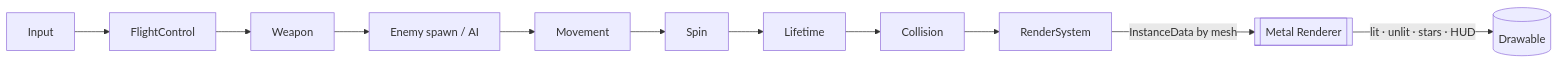
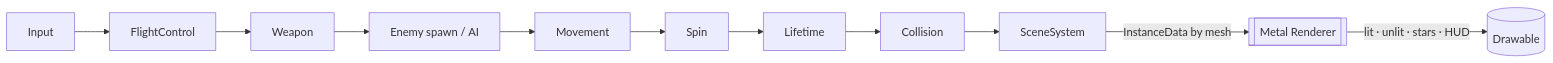
Before and after one commit to erancihan/erancihan: the diagram in guides/space-fighter-metal/README.md, drawn with Mermaid. The commit also changed other lines of this file and 75 other files, not shown here.

````diff
--- a/guides/space-fighter-metal/README.md
+++ b/guides/space-fighter-metal/README.md
@@ -64,13 +64,13 @@
 ```mermaid
 flowchart LR
   I[Input] --> F[FlightControl]
   F --> W[Weapon]
   W --> E[Enemy spawn / AI]
   E --> M[Movement]
   M --> S[Spin]
   S --> L[Lifetime]
   L --> C[Collision]
-  C --> R[RenderSystem]
+  C --> R[SceneSystem]
   R -->|InstanceData by mesh| G[[Metal Renderer]]
   G -->|lit · unlit · stars · HUD| D[(Drawable)]
 ```
````
